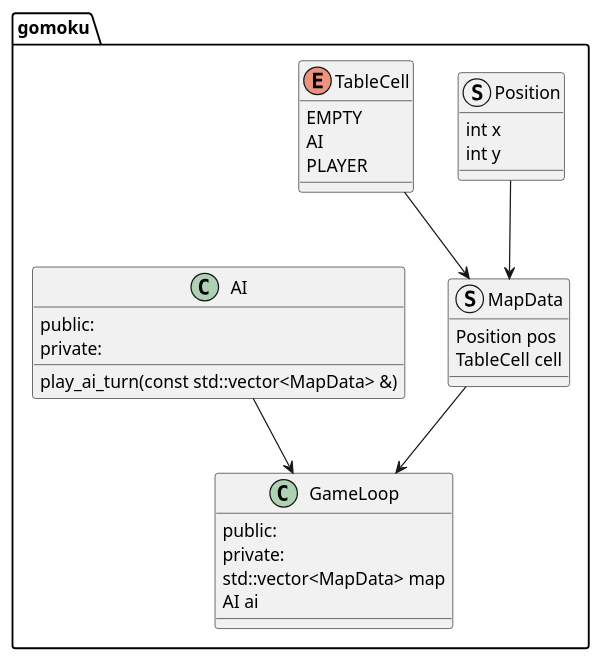
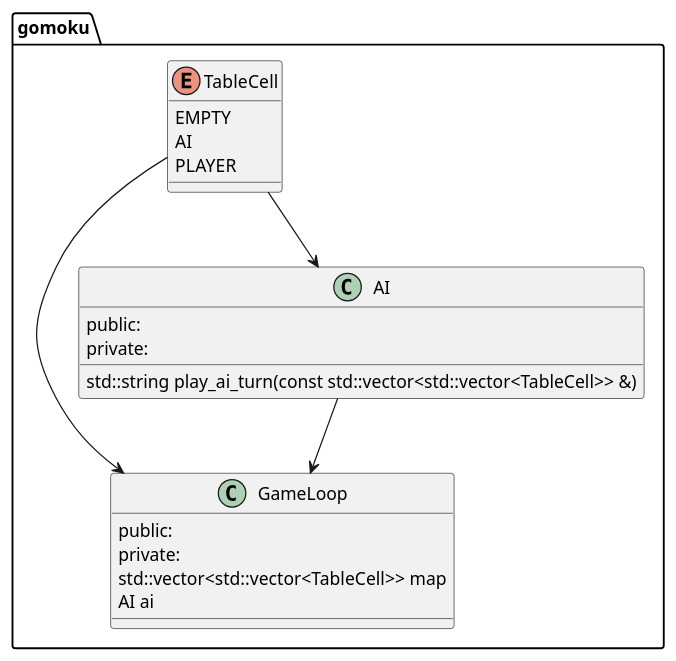
One commit to bazar-de-komi/gomoku changed the diagram in bonus/plan/plan.puml. Above: the diagram before and after it, drawn with PlantUML. The commit also changed 3 other files, not shown here.

```diff
--- a/bonus/plan/plan.puml
+++ b/bonus/plan/plan.puml
@@ -1,40 +1,29 @@
 @startuml
 
 package gomoku
 {
-    struct Position {
-        int x
-        int y
-    }
-
     enum TableCell {
         EMPTY
         AI
         PLAYER
     }
 
-    struct MapData {
-        Position pos
-        TableCell cell
-    }
-
     class GameLoop {
         public:
         private:
-            std::vector<MapData> map
+            std::vector<std::vector<TableCell>> map
             AI ai
     }
 
     class AI {
         public:
-            play_ai_turn(const std::vector<MapData> &)
+            std::string play_ai_turn(const std::vector<std::vector<TableCell>> &)
         private:
     }
 
-    Position --> MapData
-    TableCell --> MapData
-    MapData --> GameLoop
+    TableCell --> GameLoop
+    TableCell --> AI
     AI --> GameLoop
 }
 
 @enduml
```
